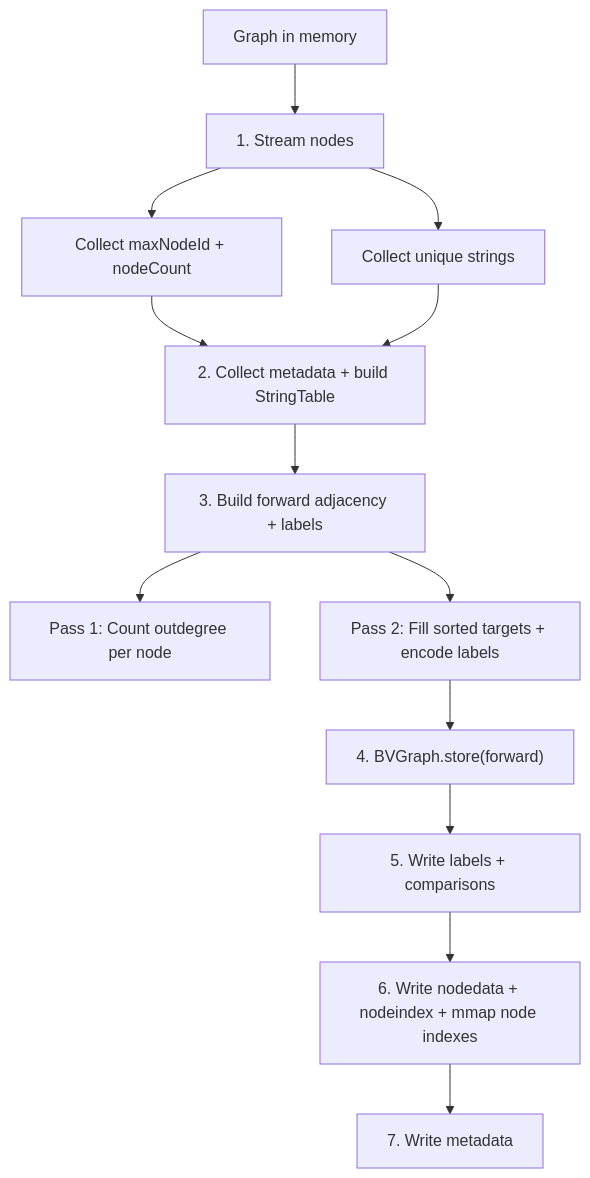
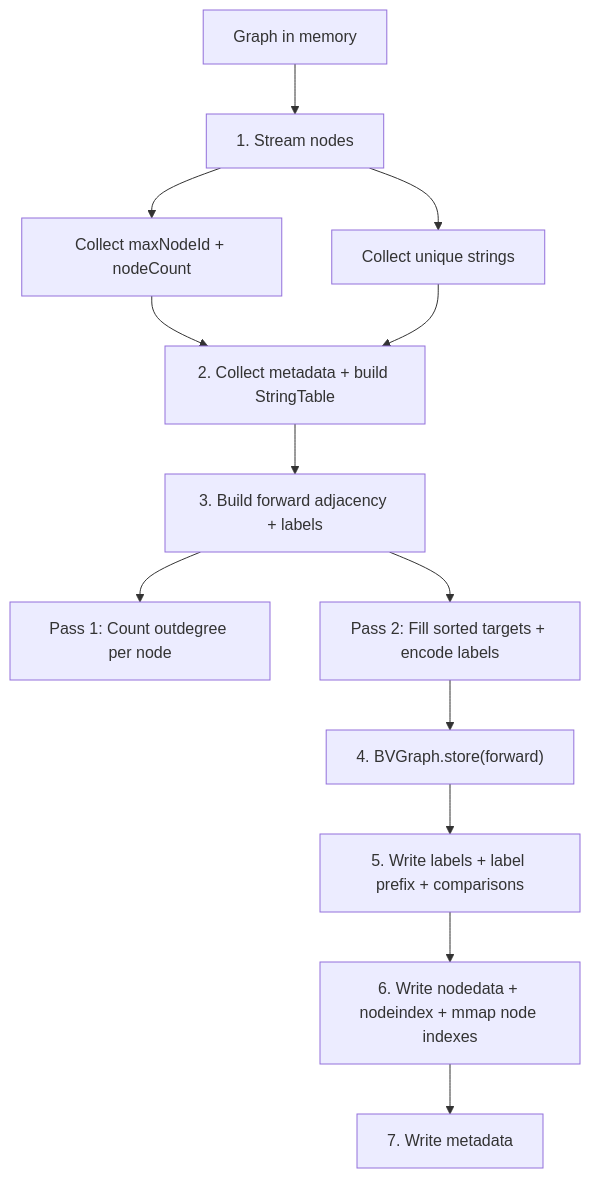
Before and after one commit to johnsonlee/graphite: the first of 2 diagrams in docs/webgraph-storage.md, drawn with Mermaid. The commit also changed other lines of this file and 2 other files, not shown here.

Commit message:
Persist label prefix offsets

````diff
--- a/docs/webgraph-storage.md
+++ b/docs/webgraph-storage.md
@@ -73,14 +74,14 @@
 ```mermaid
 graph TD
     A[Graph in memory] --> B[1. Stream nodes]
     B --> B1[Collect maxNodeId + nodeCount]
     B --> B2[Collect unique strings]
     B1 & B2 --> C[2. Collect metadata + build StringTable]
     C --> D["3. Build forward adjacency + labels"]
     D --> D1["Pass 1: Count outdegree per node"]
     D --> D2["Pass 2: Fill sorted targets + encode labels"]
     D2 --> E["4. BVGraph.store(forward)"]
-    E --> F[5. Write labels + comparisons]
+    E --> F[5. Write labels + label prefix + comparisons]
     F --> G["6. Write nodedata + nodeindex + mmap node indexes"]
     G --> H[7. Write metadata]
 ```
````
